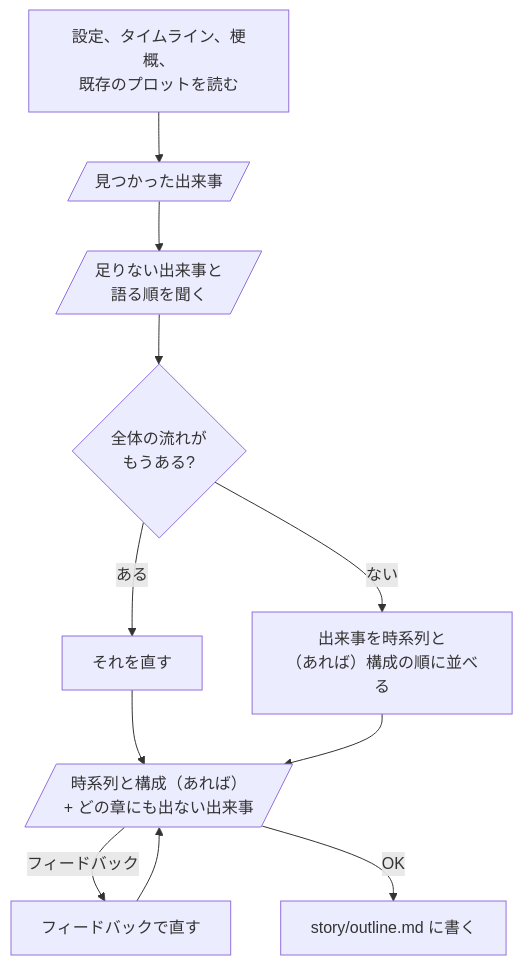
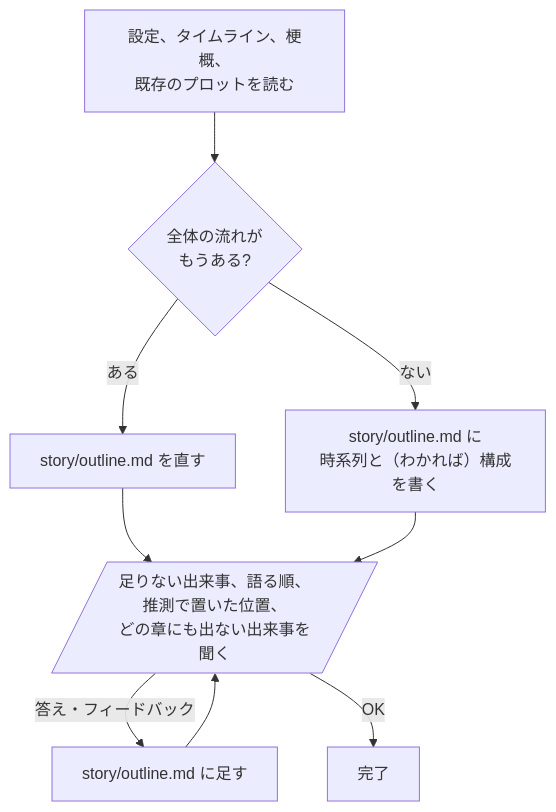
The diagram in shared/skills/outline/README.ja.md (omni-stove/skill-kit), drawn with Mermaid before and after one commit. The commit also changed other lines of this file and 3 other files, not shown here.

````diff
--- a/shared/skills/outline/README.ja.md
+++ b/shared/skills/outline/README.ja.md
@@ -7,14 +9,12 @@
 ```mermaid
 flowchart TD
   read[設定、タイムライン、梗概、<br/>既存のプロットを読む]
-  read --> list[/見つかった出来事/]
-  list --> ask[/"足りない出来事と<br/>語る順を聞く"/]
-  ask --> exists{全体の流れが<br/>もうある?}
-  exists -- "ある" --> revise[それを直す]
-  exists -- "ない" --> draft[出来事を時系列と<br/>（あれば）構成の順に並べる]
-  revise --> show
-  draft --> show[/"時系列と構成（あれば）<br/>+ どの章にも出ない出来事"/]
-  show -- "フィードバック" --> fix[フィードバックで直す]
-  fix --> show
-  show -- "OK" --> write[story/outline.md に書く]
+  read --> exists{全体の流れが<br/>もうある?}
+  exists -- "ある" --> revise[story/outline.md を直す]
+  exists -- "ない" --> draft[story/outline.md に<br/>時系列と（わかれば）構成を書く]
+  revise --> ask
+  draft --> ask[/"足りない出来事、語る順、<br/>推測で置いた位置、<br/>どの章にも出ない出来事を聞く"/]
+  ask -- "答え・フィードバック" --> fix[story/outline.md に足す]
+  fix --> ask
+  ask -- "OK" --> done[完了]
 ```
````
